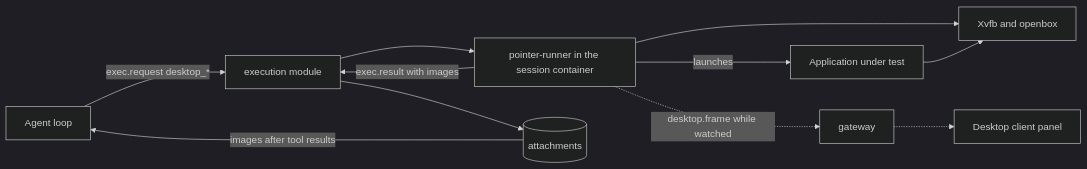
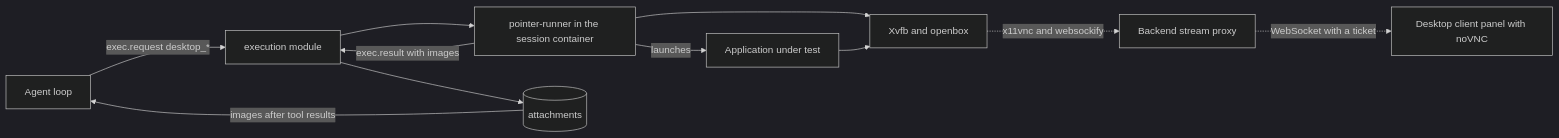
Before and after one commit to vladimirbsuir/pointer: the diagram in docs/features/f7-gui-sandbox/README.md, drawn with Mermaid (dark theme). The commit also changed other lines of this file and 5 other files, not shown here.

````diff
--- a/docs/features/f7-gui-sandbox/README.md
+++ b/docs/features/f7-gui-sandbox/README.md
@@ -66,13 +66,13 @@
 ```mermaid
 flowchart LR
     agent[Agent loop] -->|exec.request desktop_*| exec[execution module]
     exec --> runner[pointer-runner in the session container]
     runner --> display[Xvfb and openbox]
     runner -->|launches| app[Application under test]
     app --> display
     runner -->|exec.result with images| exec
     exec --> store[(attachments)]
     store -->|images after tool results| agent
-    runner -.->|desktop.frame while watched| gw[gateway]
-    gw -.-> viewer[Desktop client panel]
+    display -.->|x11vnc and websockify| proxy[Backend stream proxy]
+    proxy -.->|WebSocket with a ticket| viewer[Desktop client panel with noVNC]
 ```
````
